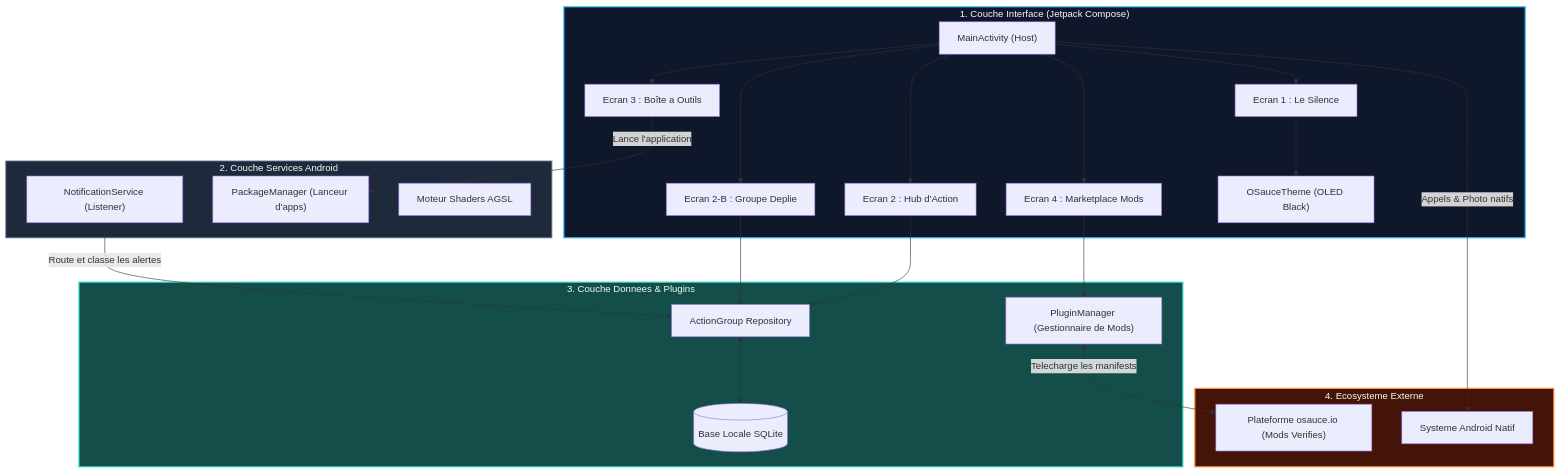
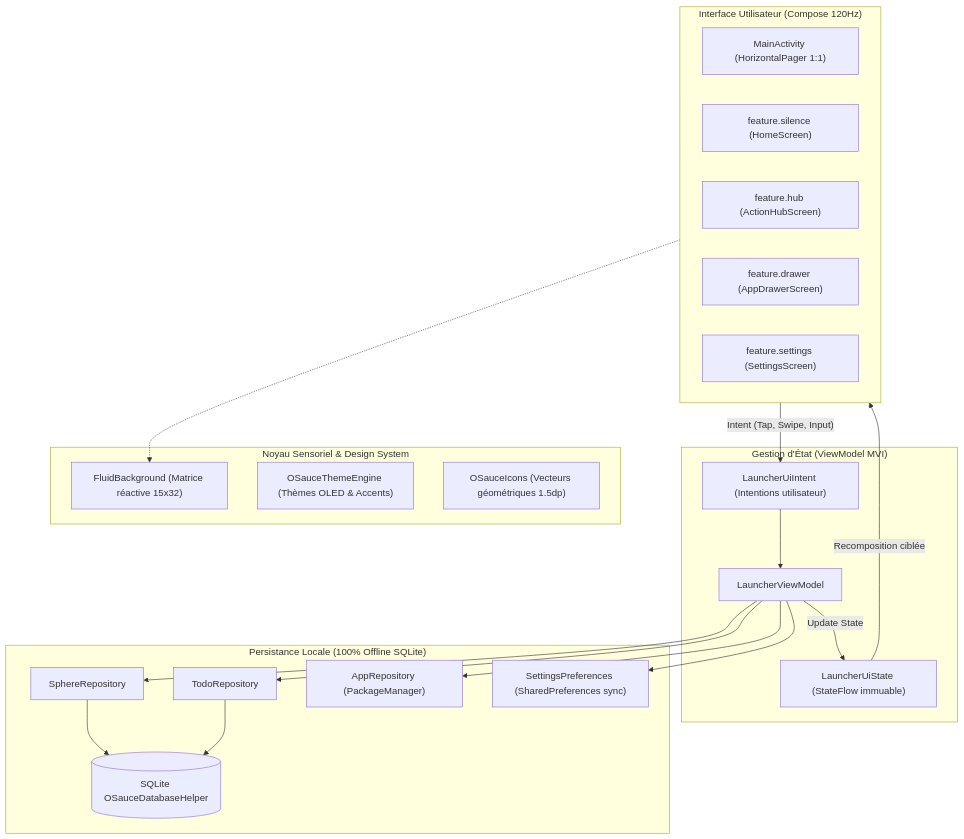
The diagram in docs/ARCHITECTURE.md (xhuriken/OSauce), drawn with Mermaid before and after one commit. The commit also changed other lines of this file and 3 other files, not shown here.

Commit message:
docs: clean architecture, update pitch and create master screens specification

````diff
--- a/docs/ARCHITECTURE.md
+++ b/docs/ARCHITECTURE.md
@@ -9,59 +9,45 @@
 ```mermaid
 flowchart TD
-
-    subgraph UI_Layer["1. Couche Interface (Jetpack Compose)"]
-        MainActivity["MainActivity (Host)"]
-        SilenceScreen["Ecran 1 : Le Silence"]
-        HubScreen["Ecran 2 : Hub d'Action"]
-        GroupDetailScreen["Ecran 2-B : Groupe Deplie"]
-        ToolsScreen["Ecran 3 : Boîte a Outils"]
-        MarketplaceScreen["Ecran 4 : Marketplace Mods"]
-        Theme["OSauceTheme (OLED Black)"]
+    subgraph UI["Interface Utilisateur (Compose 120Hz)"]
+        MainActivity["MainActivity (HorizontalPager 1:1)"]
+        Silence["feature.silence (HomeScreen)"]
+        Hub["feature.hub (ActionHubScreen)"]
+        Drawer["feature.drawer (AppDrawerScreen)"]
+        Settings["feature.settings (SettingsScreen)"]
     end
 
-    subgraph Service_Layer["2. Couche Services Android"]
-        NotifService["NotificationService (Listener)"]
-        PkgManager["PackageManager (Lanceur d'apps)"]
-        Shaders["Moteur Shaders AGSL"]
+    subgraph State["Gestion d'État (ViewModel MVI)"]
+        VM["LauncherViewModel"]
+        StateFlow["LauncherUiState (StateFlow immuable)"]
+        IntentHandler["LauncherUiIntent (Intentions utilisateur)"]
     end
 
-    subgraph Data_Layer["3. Couche Donnees & Plugins"]
-        GroupModel["ActionGroup Repository"]
-        PluginMgr["PluginManager (Gestionnaire de Mods)"]
-        LocalStore[("Base Locale SQLite")]
+    subgraph Core["Noyau Sensoriel & Design System"]
+        TheSauce["FluidBackground (Matrice réactive 15x32)"]
+        ThemeEngine["OSauceThemeEngine (Thèmes OLED & Accents)"]
+        Icons["OSauceIcons (Vecteurs géométriques 1.5dp)"]
     end
 
-    subgraph External_Layer["4. Ecosysteme Externe"]
-        OsauceHub["Plateforme osauce.io (Mods Verifies)"]
-        AndroidOS["Systeme Android Natif"]
+    subgraph Data["Persistance Locale (100% Offline SQLite)"]
+        SphereRepo["SphereRepository"]
+        TodoRepo["TodoRepository"]
+        AppRepo["AppRepository (PackageManager)"]
+        Prefs["SettingsPreferences (SharedPreferences sync)"]
+        DB[("SQLite OSauceDatabaseHelper")]
     end
 
-    %% Interactions
-    MainActivity --> SilenceScreen
-    MainActivity --> HubScreen
-    MainActivity --> GroupDetailScreen
-    MainActivity --> ToolsScreen
-    MainActivity --> MarketplaceScreen
+    %% Flux MVI
+    UI -->|"Intent (Tap, Swipe, Input)"| IntentHandler
+    IntentHandler --> VM
+    VM -->|"Update State"| StateFlow
+    StateFlow -->|"Recomposition ciblée"| UI
 
-    SilenceScreen --> Theme
-    HubScreen --> GroupModel
-    GroupDetailScreen --> GroupModel
-    MarketplaceScreen --> PluginMgr
-
-    NotifService -->|"Route et classe les alertes"| GroupModel
-    ToolsScreen -->|"Lance l'application"| PkgManager
-    MainActivity -->|"Appels & Photo natifs"| AndroidOS
-
-    PluginMgr <-->|"Telecharge les manifests"| OsauceHub
-    GroupModel <--> LocalStore
-
-    classDef toneNavy fill:#0f172a,stroke:#38bdf8,stroke-width:2px,color:#f8fafc;
-    classDef toneCard fill:#1e293b,stroke:#64748b,stroke-width:1.5px,color:#f8fafc;
-    classDef toneAccent fill:#134e4a,stroke:#2dd4bf,stroke-width:2px,color:#f0fdf4;
-    classDef toneOrange fill:#431407,stroke:#fb923c,stroke-width:2px,color:#fff7ed;
-
-    class UI_Layer toneNavy;
-    class Service_Layer toneCard;
-    class Data_Layer toneAccent;
-    class External_Layer toneOrange;
+    %% Données
+    VM --> SphereRepo
+    VM --> TodoRepo
+    VM --> AppRepo
+    VM --> Prefs
+    SphereRepo --> DB
+    TodoRepo --> DB
+    UI -.-> TheSauce
 ```
````
